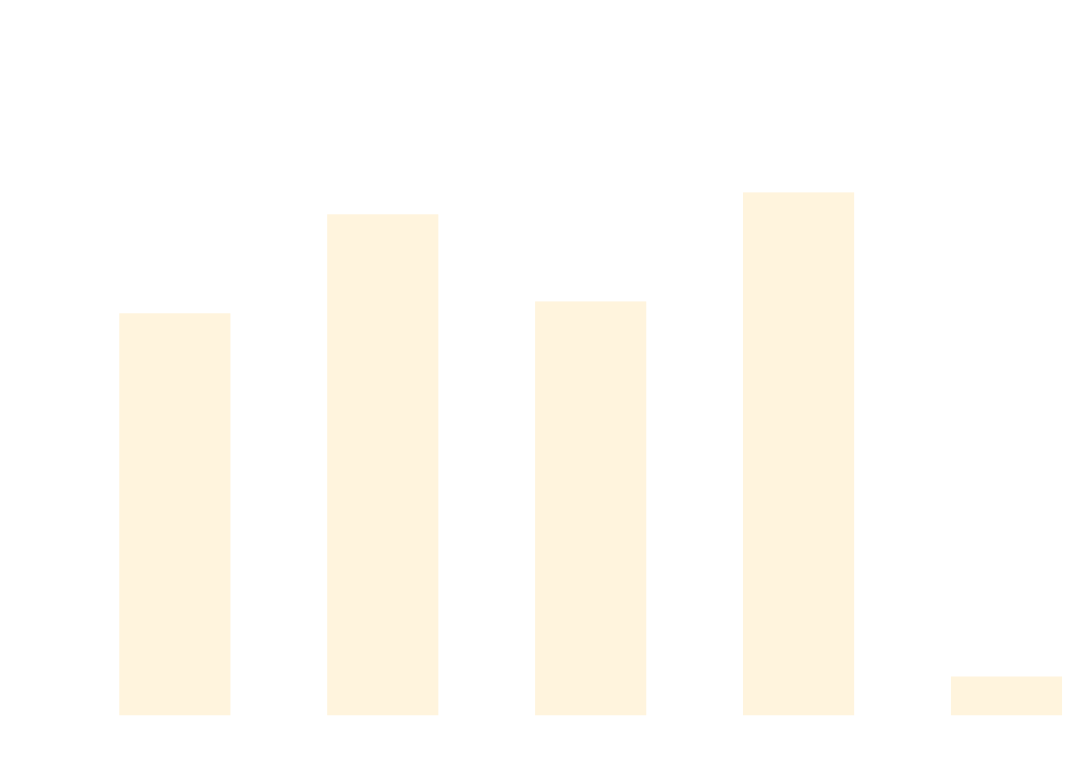
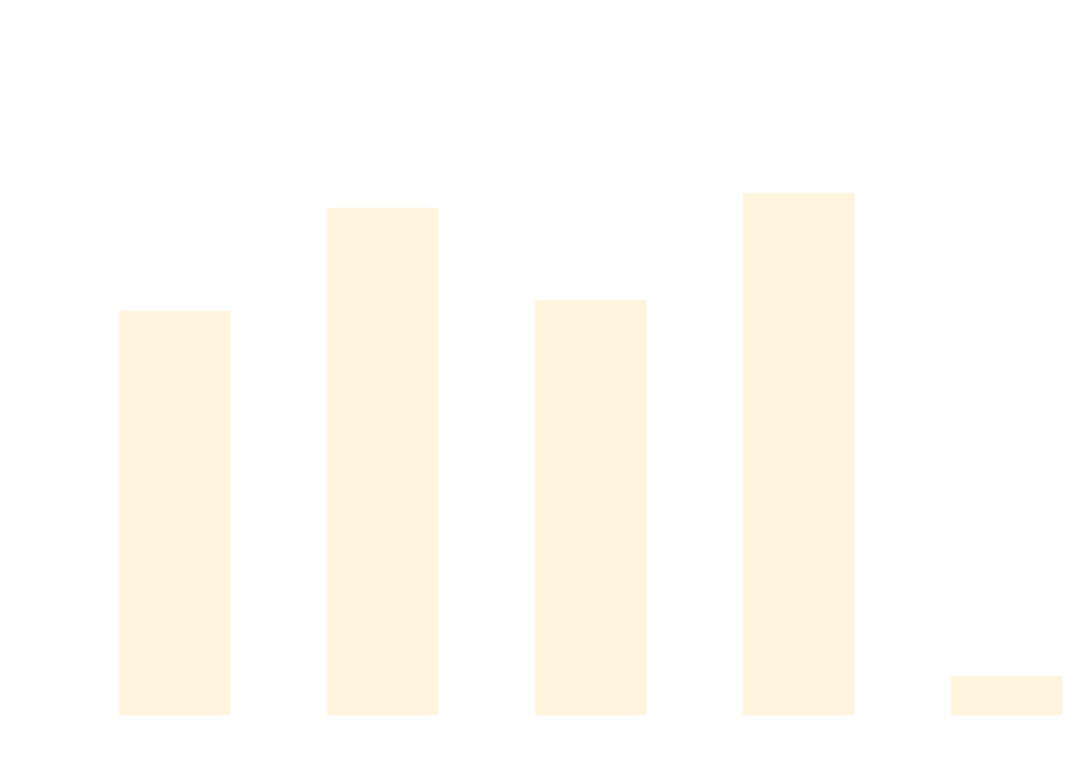
Before and after one commit to thomhurst/TUnit: the diagram in docs/docs/benchmarks/ScaleTests.md, drawn with Mermaid. The commit also changed other lines of this file and 17 other files, not shown here.

````diff
--- a/docs/docs/benchmarks/ScaleTests.md
+++ b/docs/docs/benchmarks/ScaleTests.md
@@ -27,37 +27,37 @@
 ```mermaid
 %%{init: {
   'theme':'base',
   'themeVariables': {
     'primaryColor': '#2563eb',
     'primaryTextColor': '#ffffff',
     'primaryBorderColor': '#1e40af',
     'lineColor': '#6b7280',
     'secondaryColor': '#7c3aed',
     'tertiaryColor': '#dc2626',
     'background': '#ffffff',
     'mainBkg': '#2563eb',
     'secondBkg': '#7c3aed',
     'tertiaryBkg': '#dc2626',
     'clusterBkg': '#f3f4f6',
     'edgeLabelBackground': '#ffffff',
     'tertiaryTextColor': '#1f2937',
     'pie1': '#2563eb',
     'pie2': '#7c3aed',
     'pie3': '#dc2626',
     'pie4': '#f59e0b',
     'pie5': '#10b981',
     'pie6': '#06b6d4',
     'pie7': '#ec4899',
     'pie8': '#6366f1',
     'pie9': '#84cc16',
     'pie10': '#f97316',
     'pie11': '#14b8a6',
     'pie12': '#a855f7'
   }
 }}%%
 xychart-beta
   title "ScaleTests Performance Comparison"
   x-axis ["TUnit", "NUnit", "MSTest", "xUnit3", "TUnit_AOT"]
-  y-axis "Time (ms)" 0 --> 723
-  bar [459.86, 576.52, 473.86, 602.32, 31.83]
+  y-axis "Time (ms)" 0 --> 700
+  bar [448.08, 565.76, 460.66, 582.69, 31.41]
 ```
````
